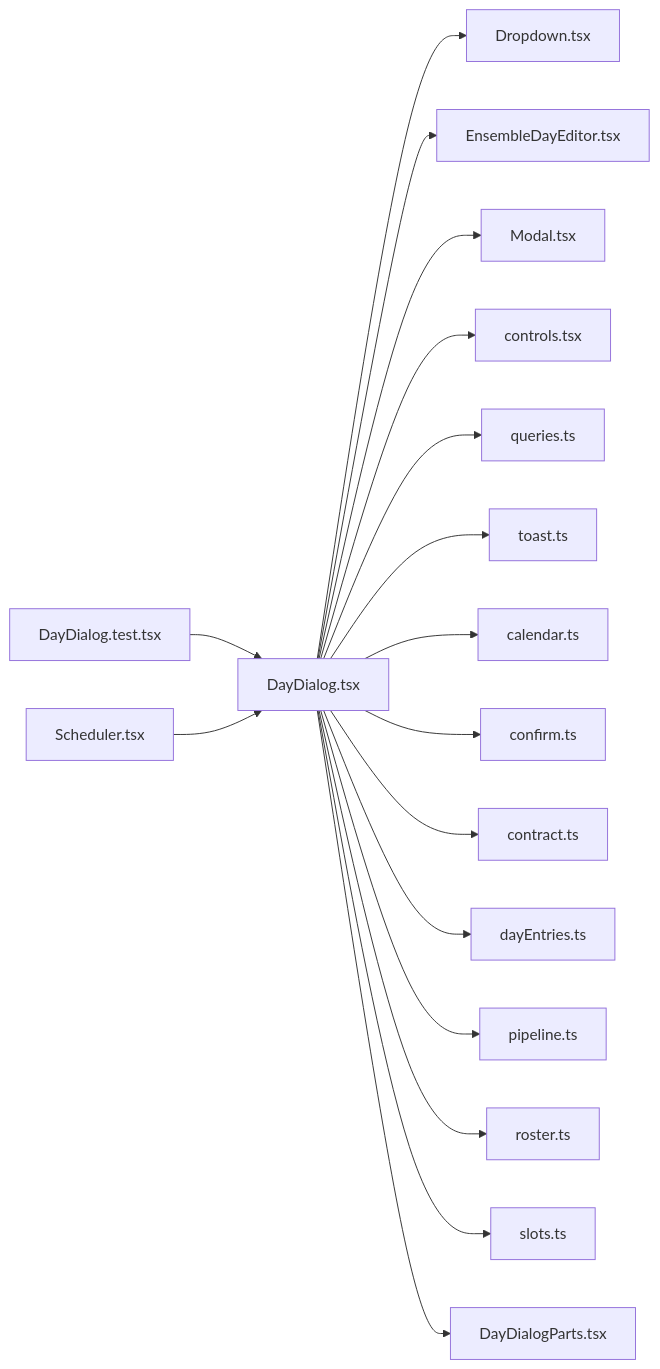
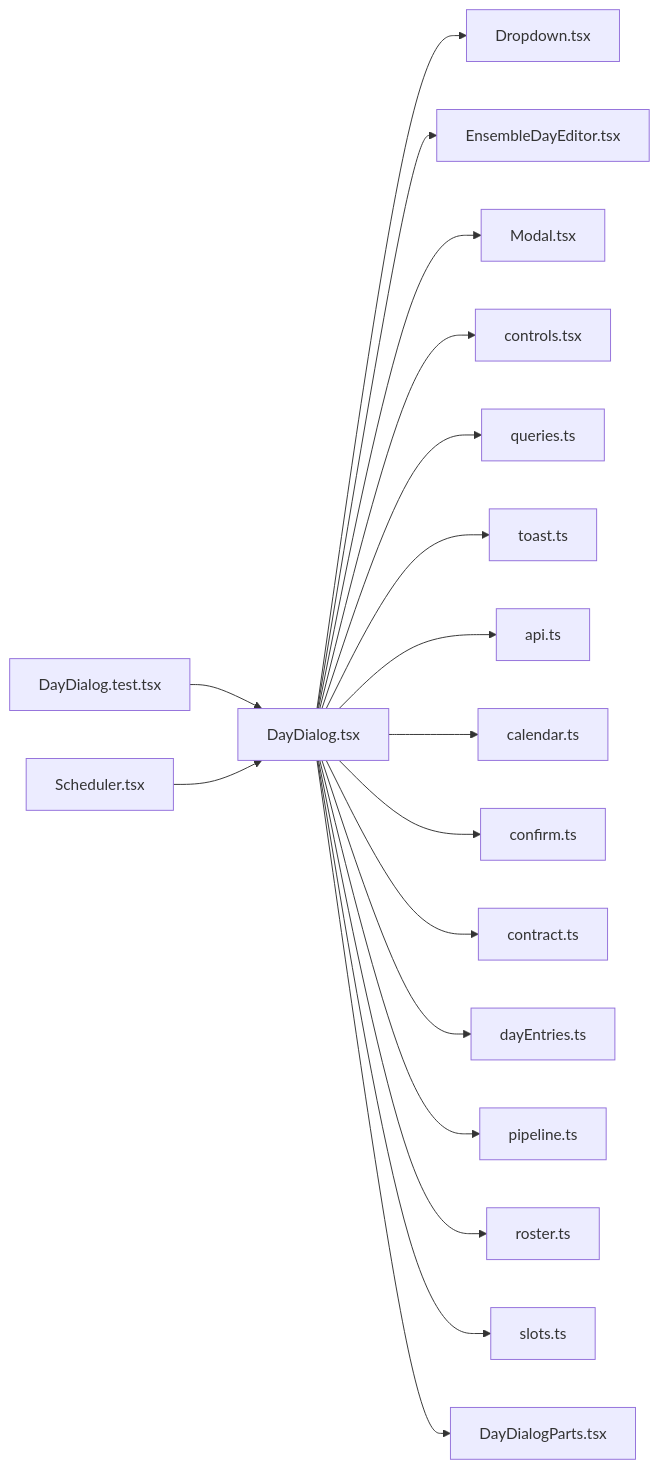
Before and after one commit to minkong-dev/Banblit: the diagram in .cluedoc/graph/frontend/src/routes/DayDialog.md, drawn with Mermaid. The commit also changed other lines of this file and 60 other files, not shown here.

````diff
--- a/.cluedoc/graph/frontend/src/routes/DayDialog.md
+++ b/.cluedoc/graph/frontend/src/routes/DayDialog.md
@@ -10,20 +10,21 @@
 ```mermaid
 flowchart LR
   frontend_src_routes_DayDialog["DayDialog.tsx"]
   frontend_src_routes_DayDialog --> frontend_src_components_Dropdown["Dropdown.tsx"]
   frontend_src_routes_DayDialog --> frontend_src_components_EnsembleDayEditor["EnsembleDayEditor.tsx"]
   frontend_src_routes_DayDialog --> frontend_src_components_Modal["Modal.tsx"]
   frontend_src_routes_DayDialog --> frontend_src_components_controls["controls.tsx"]
   frontend_src_routes_DayDialog --> frontend_src_components_queries["queries.ts"]
   frontend_src_routes_DayDialog --> frontend_src_components_toast["toast.ts"]
+  frontend_src_routes_DayDialog --> frontend_src_lib_api["api.ts"]
   frontend_src_routes_DayDialog --> frontend_src_lib_calendar["calendar.ts"]
   frontend_src_routes_DayDialog --> frontend_src_lib_confirm["confirm.ts"]
   frontend_src_routes_DayDialog --> frontend_src_lib_contract["contract.ts"]
   frontend_src_routes_DayDialog --> frontend_src_lib_dayEntries["dayEntries.ts"]
   frontend_src_routes_DayDialog --> frontend_src_lib_pipeline["pipeline.ts"]
   frontend_src_routes_DayDialog --> frontend_src_lib_roster["roster.ts"]
   frontend_src_routes_DayDialog --> frontend_src_lib_slots["slots.ts"]
   frontend_src_routes_DayDialog --> frontend_src_routes_DayDialogParts["DayDialogParts.tsx"]
   frontend_src_routes_DayDialog_test["DayDialog.test.tsx"] --> frontend_src_routes_DayDialog
   frontend_src_routes_Scheduler["Scheduler.tsx"] --> frontend_src_routes_DayDialog
 ```
````
